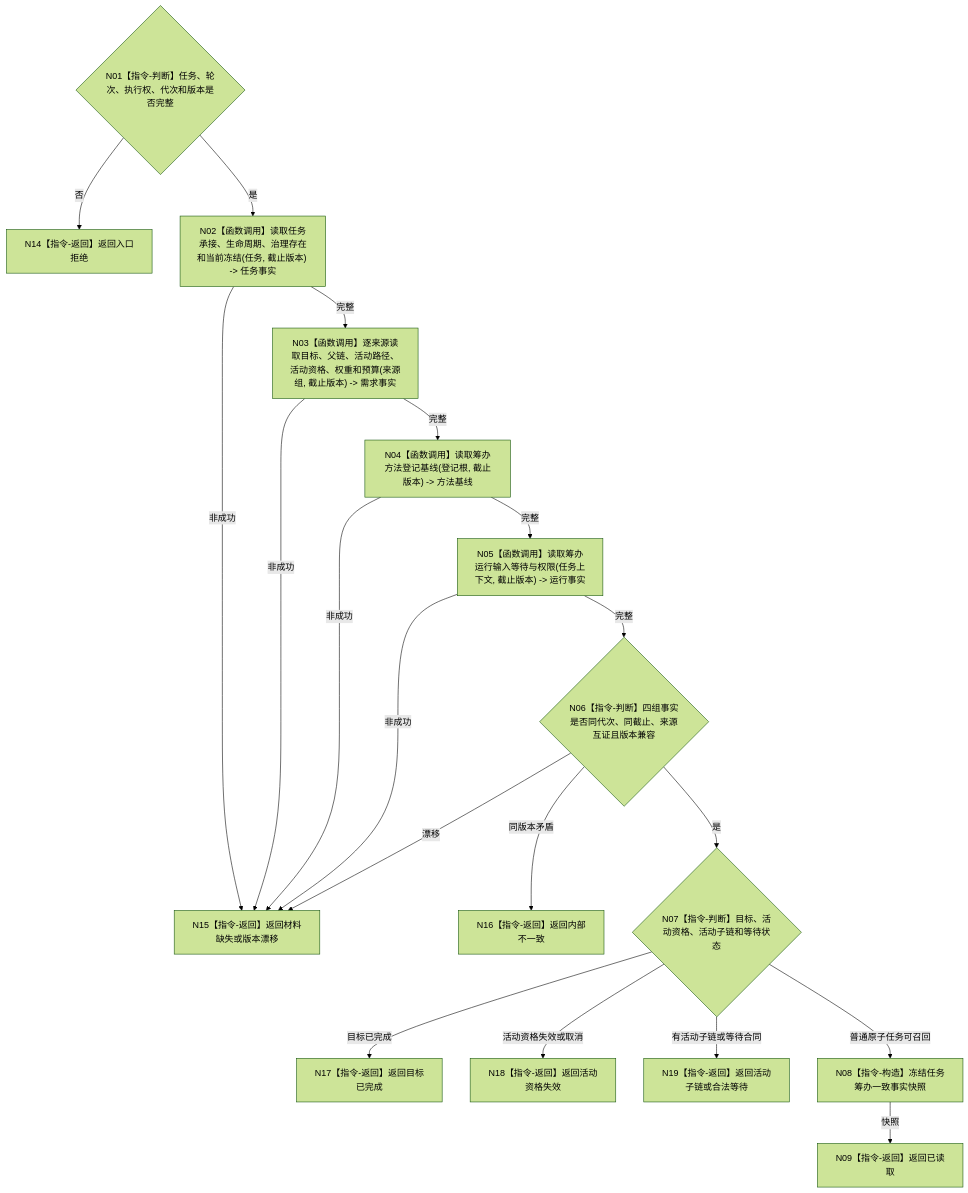
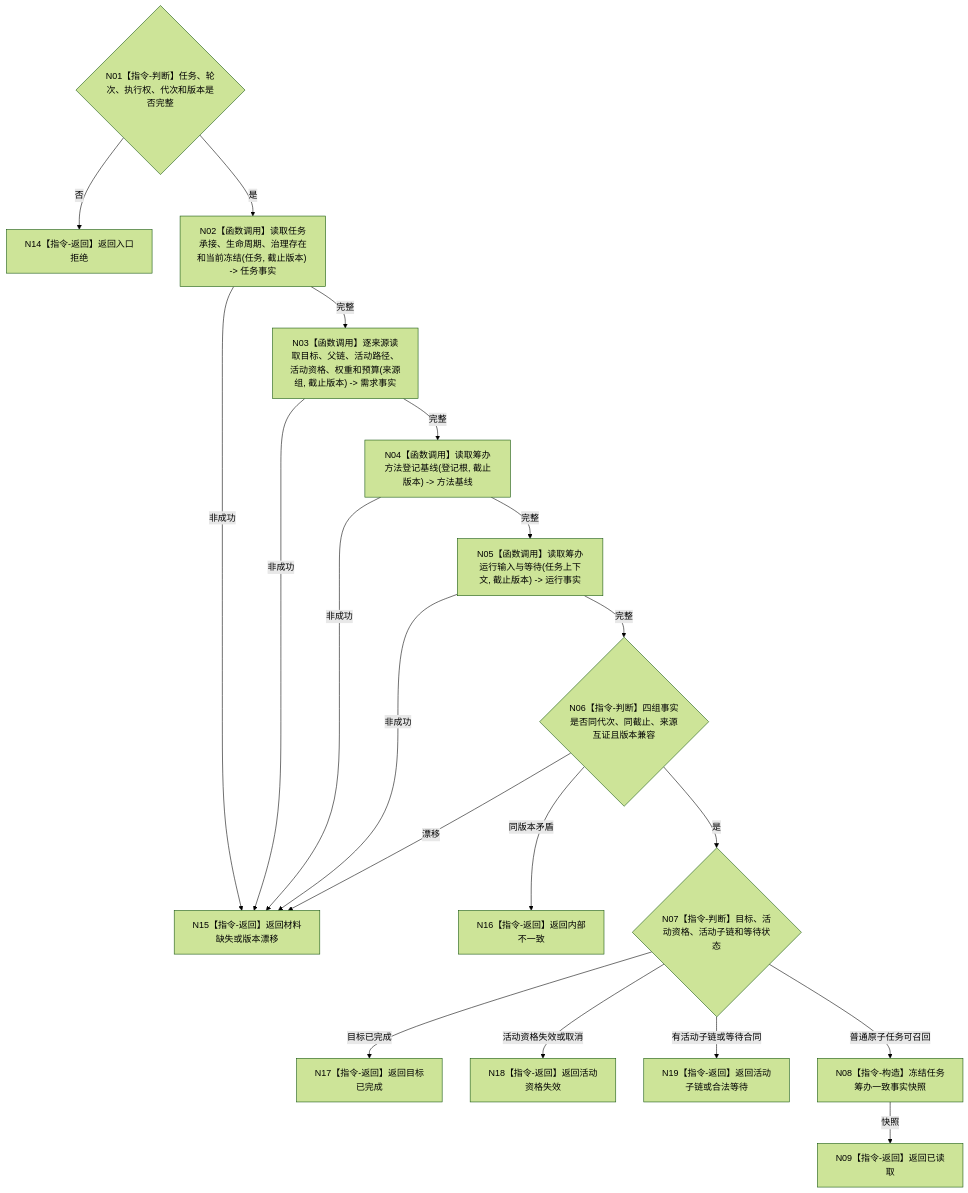
Before and after one commit to chunhaizh-cyber/HY-Ego: the diagram in 流程图/目标业务流程图/L3/BIZ-L3-004-03-02_读取任务筹办一致事实_目标函数流程图_v0.1.md, drawn with Mermaid (forest theme). The commit also changed other lines of this file and 21 other files, not shown here.

````diff
--- a/流程图/目标业务流程图/L3/BIZ-L3-004-03-02_读取任务筹办一致事实_目标函数流程图_v0.1.md
+++ b/流程图/目标业务流程图/L3/BIZ-L3-004-03-02_读取任务筹办一致事实_目标函数流程图_v0.1.md
@@ -30,21 +30,21 @@
 ```mermaid
 flowchart TD
     N01{"N01【指令-判断】任务、轮次、执行权、代次和版本是否完整"} -->|否| N14["N14【指令-返回】返回入口拒绝"]
     N01 -->|是| N02["N02【函数调用】读取任务承接、生命周期、治理存在和当前冻结(任务, 截止版本) -> 任务事实"]
     N02 -->|非成功| N15["N15【指令-返回】返回材料缺失或版本漂移"]
     N02 -->|完整| N03["N03【函数调用】逐来源读取目标、父链、活动路径、活动资格、权重和预算(来源组, 截止版本) -> 需求事实"]
     N03 -->|非成功| N15
     N03 -->|完整| N04["N04【函数调用】读取筹办方法登记基线(登记根, 截止版本) -> 方法基线"]
     N04 -->|非成功| N15
-    N04 -->|完整| N05["N05【函数调用】读取筹办运行输入等待与权限(任务上下文, 截止版本) -> 运行事实"]
+    N04 -->|完整| N05["N05【函数调用】读取筹办运行输入与等待(任务上下文, 截止版本) -> 运行事实"]
     N05 -->|非成功| N15
     N05 -->|完整| N06{"N06【指令-判断】四组事实是否同代次、同截止、来源互证且版本兼容"}
     N06 -->|漂移| N15
     N06 -->|同版本矛盾| N16["N16【指令-返回】返回内部不一致"]
     N06 -->|是| N07{"N07【指令-判断】目标、活动资格、活动子链和等待状态"}
     N07 -->|目标已完成| N17["N17【指令-返回】返回目标已完成"]
     N07 -->|活动资格失效或取消| N18["N18【指令-返回】返回活动资格失效"]
     N07 -->|有活动子链或等待合同| N19["N19【指令-返回】返回活动子链或合法等待"]
     N07 -->|普通原子任务可召回| N08["N08【指令-构造】冻结任务筹办一致事实快照"]
     N08 -->|快照| N09["N09【指令-返回】返回已读取"]
 ```
````
